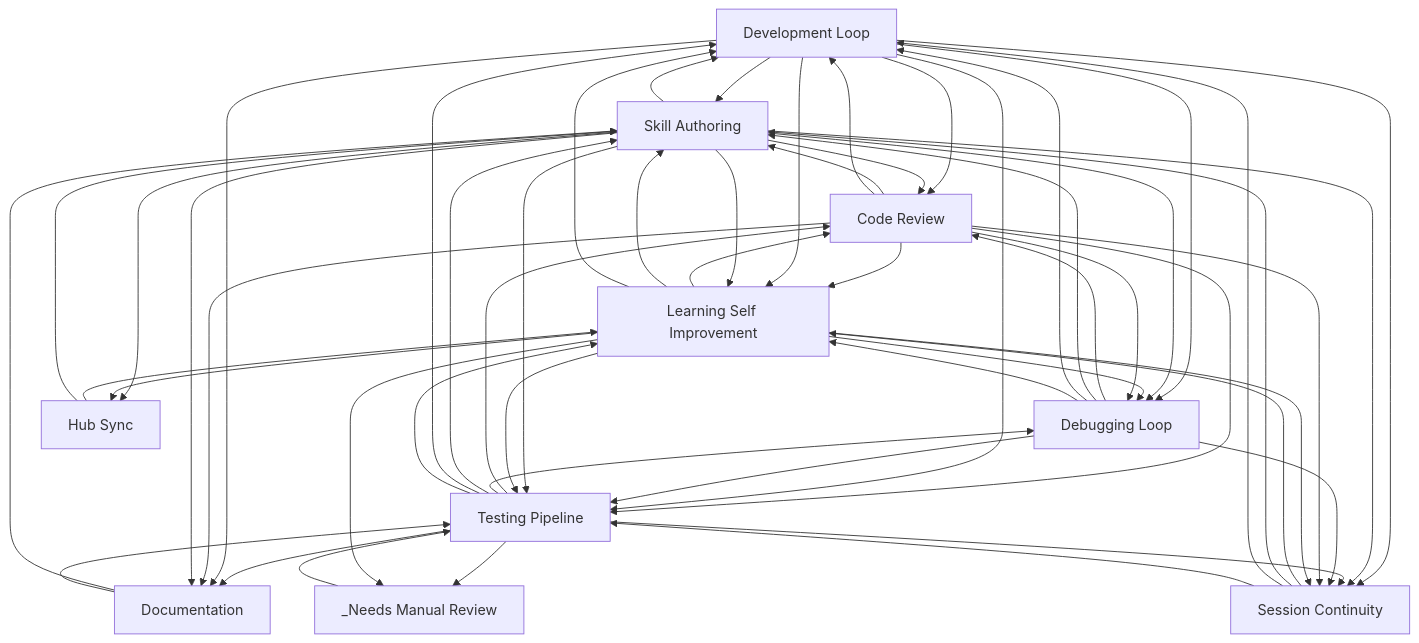
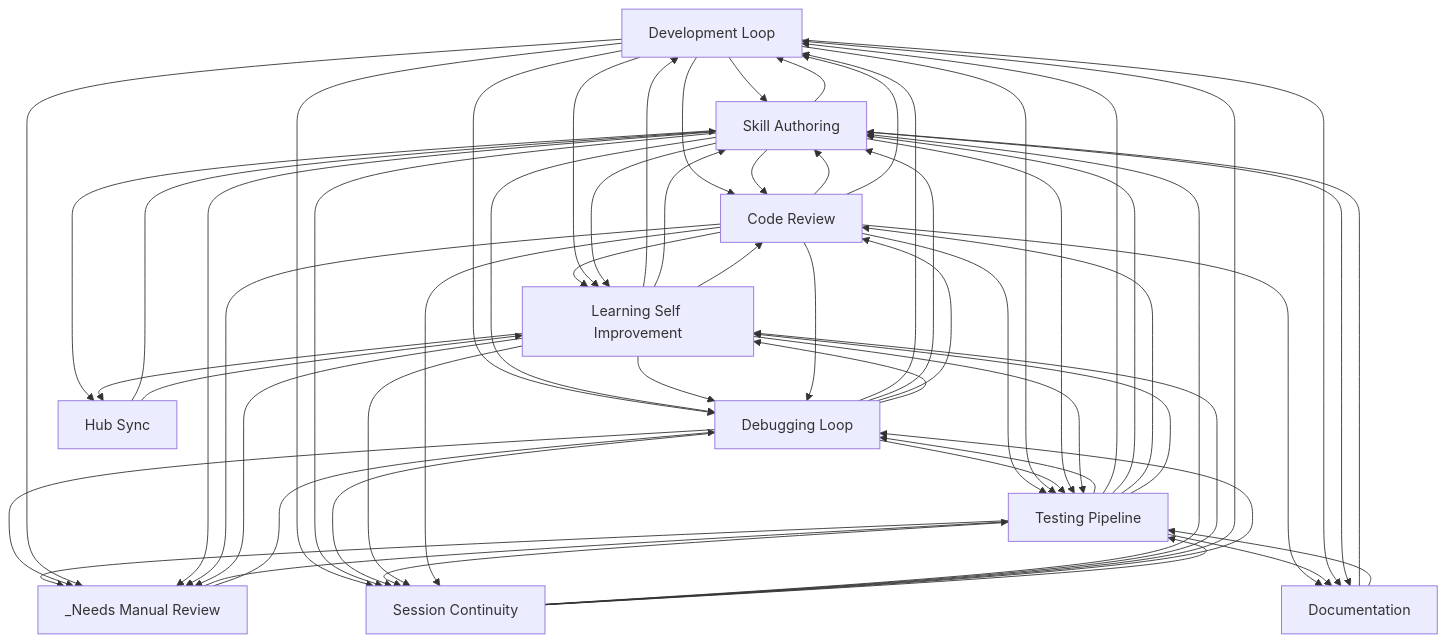
One commit to abhayla/claude-best-practices changed the diagram in docs/workflows/INDEX.md. Above: the diagram before and after it, drawn with Mermaid. The commit also changed other lines of this file and 12 other files, not shown here.

````diff
--- a/docs/workflows/INDEX.md
+++ b/docs/workflows/INDEX.md
@@ -22,66 +22,72 @@
 ```mermaid
 graph TD
     development_loop[Development Loop]
     testing_pipeline[Testing Pipeline]
     debugging_loop[Debugging Loop]
     learning_self_improvement[Learning Self Improvement]
     session_continuity[Session Continuity]
     skill_authoring[Skill Authoring]
     code_review[Code Review]
     documentation[Documentation]
     hub_sync[Hub Sync]
     _needs_manual_review[_Needs Manual Review]
     documentation --> skill_authoring
     documentation --> testing_pipeline
     code_review --> skill_authoring
     code_review --> development_loop
     development_loop --> skill_authoring
     development_loop --> code_review
     code_review --> learning_self_improvement
     code_review --> testing_pipeline
     development_loop --> learning_self_improvement
     development_loop --> testing_pipeline
+    testing_pipeline --> debugging_loop
+    testing_pipeline --> development_loop
+    testing_pipeline --> skill_authoring
     testing_pipeline --> code_review
-    testing_pipeline --> debugging_loop
-    testing_pipeline --> skill_authoring
-    testing_pipeline --> development_loop
+    debugging_loop --> development_loop
+    debugging_loop --> skill_authoring
     debugging_loop --> code_review
-    debugging_loop --> skill_authoring
-    debugging_loop --> development_loop
     debugging_loop --> testing_pipeline
     development_loop --> debugging_loop
     skill_authoring --> code_review
     skill_authoring --> development_loop
     skill_authoring --> learning_self_improvement
     skill_authoring --> testing_pipeline
+    code_review --> documentation
     testing_pipeline --> documentation
     development_loop --> documentation
-    code_review --> documentation
     development_loop --> session_continuity
+    _needs_manual_review --> testing_pipeline
     testing_pipeline --> _needs_manual_review
     skill_authoring --> session_continuity
+    debugging_loop --> session_continuity
     testing_pipeline --> session_continuity
-    debugging_loop --> session_continuity
     skill_authoring --> debugging_loop
+    _needs_manual_review --> debugging_loop
+    debugging_loop --> learning_self_improvement
+    testing_pipeline --> learning_self_improvement
+    learning_self_improvement --> debugging_loop
+    learning_self_improvement --> development_loop
+    learning_self_improvement --> skill_authoring
     learning_self_improvement --> code_review
-    learning_self_improvement --> debugging_loop
-    learning_self_improvement --> skill_authoring
-    learning_self_improvement --> development_loop
     learning_self_improvement --> testing_pipeline
     code_review --> debugging_loop
+    debugging_loop --> _needs_manual_review
+    development_loop --> _needs_manual_review
+    skill_authoring --> _needs_manual_review
+    code_review --> _needs_manual_review
+    learning_self_improvement --> session_continuity
     code_review --> session_continuity
-    learning_self_improvement --> session_continuity
-    testing_pipeline --> learning_self_improvement
+    session_continuity --> skill_authoring
     session_continuity --> learning_self_improvement
-    session_continuity --> skill_authoring
     session_continuity --> development_loop
+    session_continuity --> debugging_loop
     session_continuity --> testing_pipeline
-    _needs_manual_review --> testing_pipeline
     skill_authoring --> hub_sync
-    debugging_loop --> learning_self_improvement
     learning_self_improvement --> hub_sync
     learning_self_improvement --> _needs_manual_review
+    hub_sync --> skill_authoring
     hub_sync --> learning_self_improvement
-    hub_sync --> skill_authoring
     skill_authoring --> documentation
 ```
````
